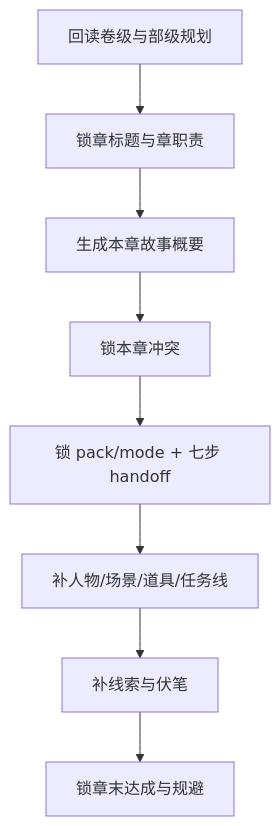
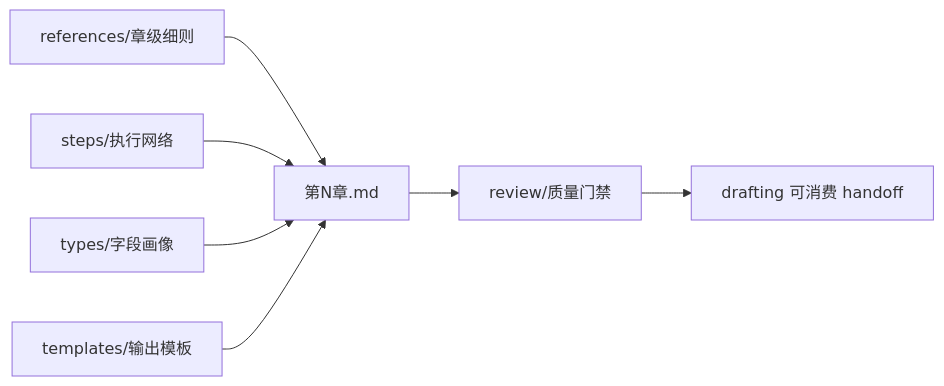
Before and after one commit to ZEN-VOID/AI-CUT: the second of 2 diagrams in .agents/skills/story/2-Planning/3-章级/SKILL.md, drawn with Mermaid. The commit also changed other lines of this file and 526 other files, not shown here.

````diff
--- a/.agents/skills/story/2-Planning/3-章级/SKILL.md
+++ b/.agents/skills/story/2-Planning/3-章级/SKILL.md
@@ -92,10 +66,9 @@
 ```mermaid
-flowchart TD
-    A["回读卷级与部级规划"] --> B["锁章标题与章职责"]
-    B --> C["生成本章故事概要"]
-    C --> D["锁本章冲突"]
-    D --> E["锁 pack/mode + 七步 handoff"]
-    E --> F["补人物/场景/道具/任务线"]
-    F --> G["补线索与伏笔"]
-    G --> H["锁章末达成与规避"]
+flowchart LR
+    A["references/章级细则"] --> E["第N章.md"]
+    B["steps/执行网络"] --> E
+    C["types/字段画像"] --> E
+    D["templates/输出模板"] --> E
+    E --> F["review/质量门禁"]
+    F --> G["drafting 可消费 handoff"]
 ```
````
